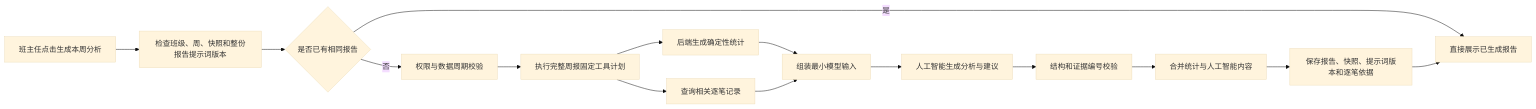
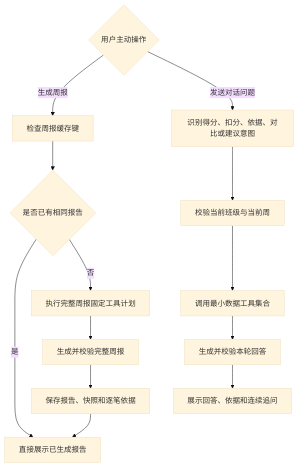
Before and after one commit to 278553873-hub/smart-campus-redeem-terminal: the diagram in docs/PRD-班主任助理V2-班级周评分析Agent.md, drawn with Mermaid (base theme). The commit also changed other lines of this file and 16 other files, not shown here.

````diff
--- a/docs/PRD-班主任助理V2-班级周评分析Agent.md
+++ b/docs/PRD-班主任助理V2-班级周评分析Agent.md
@@ -254,17 +272,16 @@
 ```mermaid
-flowchart LR
-    A["班主任点击生成本周分析"] --> B["检查班级、周、快照和整份报告提示词版本"]
+flowchart TD
+    A{"用户主动操作"} -->|"生成周报"| B["检查周报缓存键"]
     B --> C{"是否已有相同报告"}
-    C -->|"是"| K["直接展示已生成报告"]
-    C -->|"否"| D0["权限与数据周期校验"]
-    D0 --> D["执行完整周报固定工具计划"]
-    D --> E["后端生成确定性统计"]
-    D --> F["查询相关逐笔记录"]
-    E --> G["组装最小模型输入"]
-    F --> G
-    G --> H["人工智能生成分析与建议"]
-    H --> I["结构和证据编号校验"]
-    I --> J["合并统计与人工智能内容"]
-    J --> J2["保存报告、快照、提示词版本和逐笔依据"]
-    J2 --> K
+    C -->|"是"| D["直接展示已生成报告"]
+    C -->|"否"| E["执行完整周报固定工具计划"]
+    E --> F["生成并校验完整周报"]
+    F --> G["保存报告、快照和逐笔依据"]
+    G --> D
+
+    A -->|"发送对话问题"| H["识别得分、扣分、依据、对比或建议意图"]
+    H --> I["校验当前班级与当前周"]
+    I --> J["调用最小数据工具集合"]
+    J --> K["生成并校验本轮回答"]
+    K --> L["展示回答、依据和连续追问"]
 ```
````
